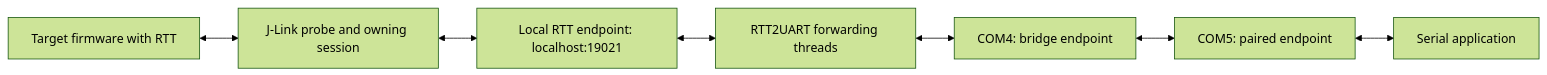
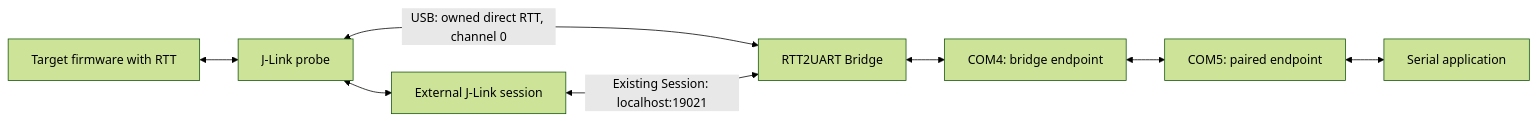
Before and after one commit to tianxiaoMCU/RTT2UART: the diagram in docs/architecture.md, drawn with Mermaid (forest theme). The commit also changed other lines of this file and 68 other files, not shown here.

First line of the commit message:
feat(bridge): add safe USB and Existing Session recovery

````diff
--- a/docs/architecture.md
+++ b/docs/architecture.md
@@ -11,9 +11,10 @@
 ```mermaid
 flowchart LR
-    Target["Target firmware with RTT"] <--> Probe["J-Link probe and owning session"]
-    Probe <--> Endpoint["Local RTT endpoint: localhost:19021"]
-    Endpoint <--> Bridge["RTT2UART forwarding threads"]
+    Target["Target firmware with RTT"] <--> Probe["J-Link probe"]
+    Probe <-->|"USB: owned direct RTT, channel 0"| Bridge["RTT2UART Bridge"]
+    Probe <--> Session["External J-Link session"]
+    Session <-->|"Existing Session: localhost:19021"| Bridge
     Bridge <--> PortA["COM4: bridge endpoint"]
     PortA <--> PortB["COM5: paired endpoint"]
     PortB <--> Peer["Serial application"]
 ```
````
